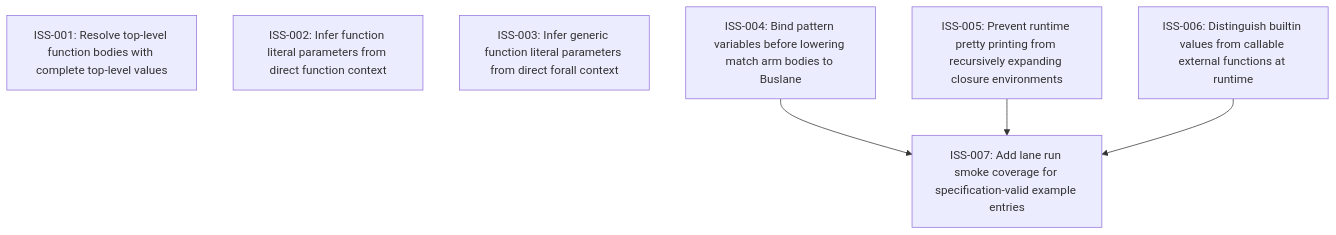
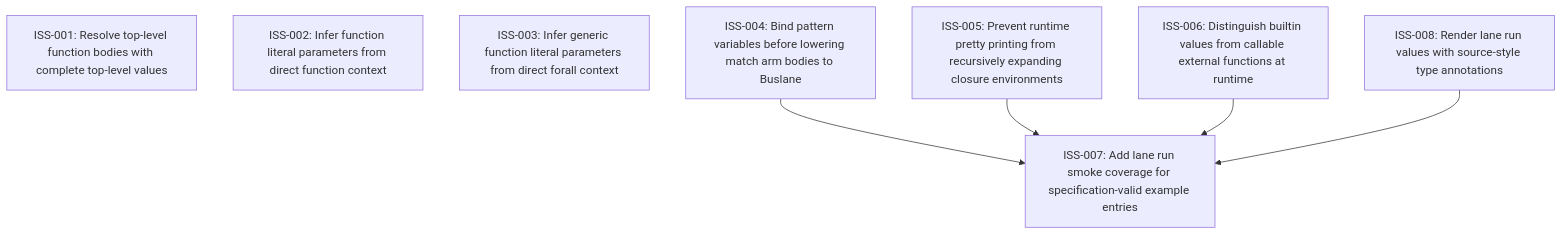
Before and after one commit to Milky2018/lane2: the diagram in issues/README.md, drawn with Mermaid. The commit also changed other lines of this file and 2 other files, not shown here.

Commit message:
Record lane run output issue

````diff
--- a/issues/README.md
+++ b/issues/README.md
@@ -24,13 +26,15 @@
 ```mermaid
 graph TD
   ISS_001["ISS-001: Resolve top-level function bodies with complete top-level values"]
   ISS_002["ISS-002: Infer function literal parameters from direct function context"]
   ISS_003["ISS-003: Infer generic function literal parameters from direct forall context"]
   ISS_004["ISS-004: Bind pattern variables before lowering match arm bodies to Buslane"]
   ISS_005["ISS-005: Prevent runtime pretty printing from recursively expanding closure environments"]
   ISS_006["ISS-006: Distinguish builtin values from callable external functions at runtime"]
   ISS_007["ISS-007: Add lane run smoke coverage for specification-valid example entries"]
+  ISS_008["ISS-008: Render lane run values with source-style type annotations"]
   ISS_004 --> ISS_007
   ISS_005 --> ISS_007
   ISS_006 --> ISS_007
+  ISS_008 --> ISS_007
 ```
````
